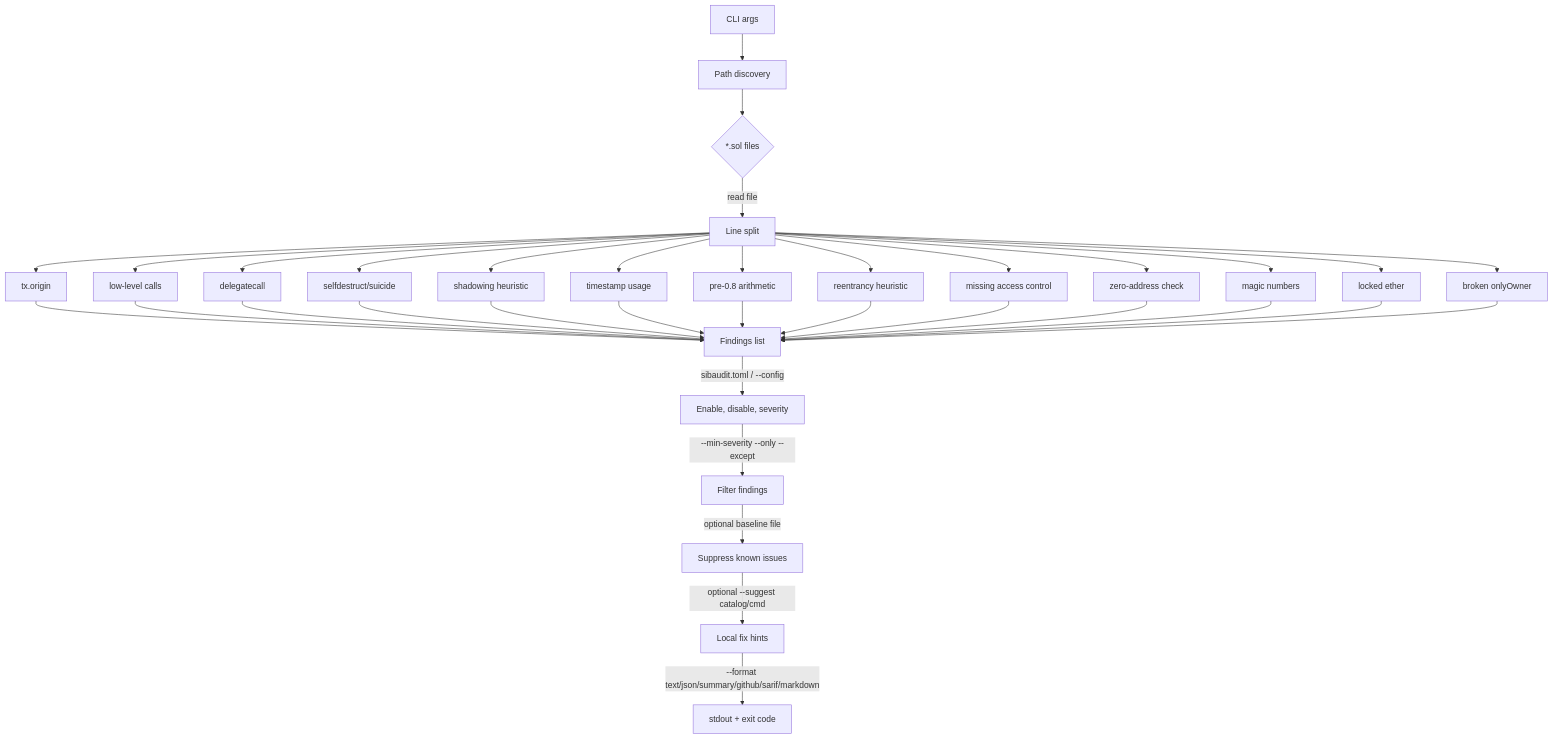
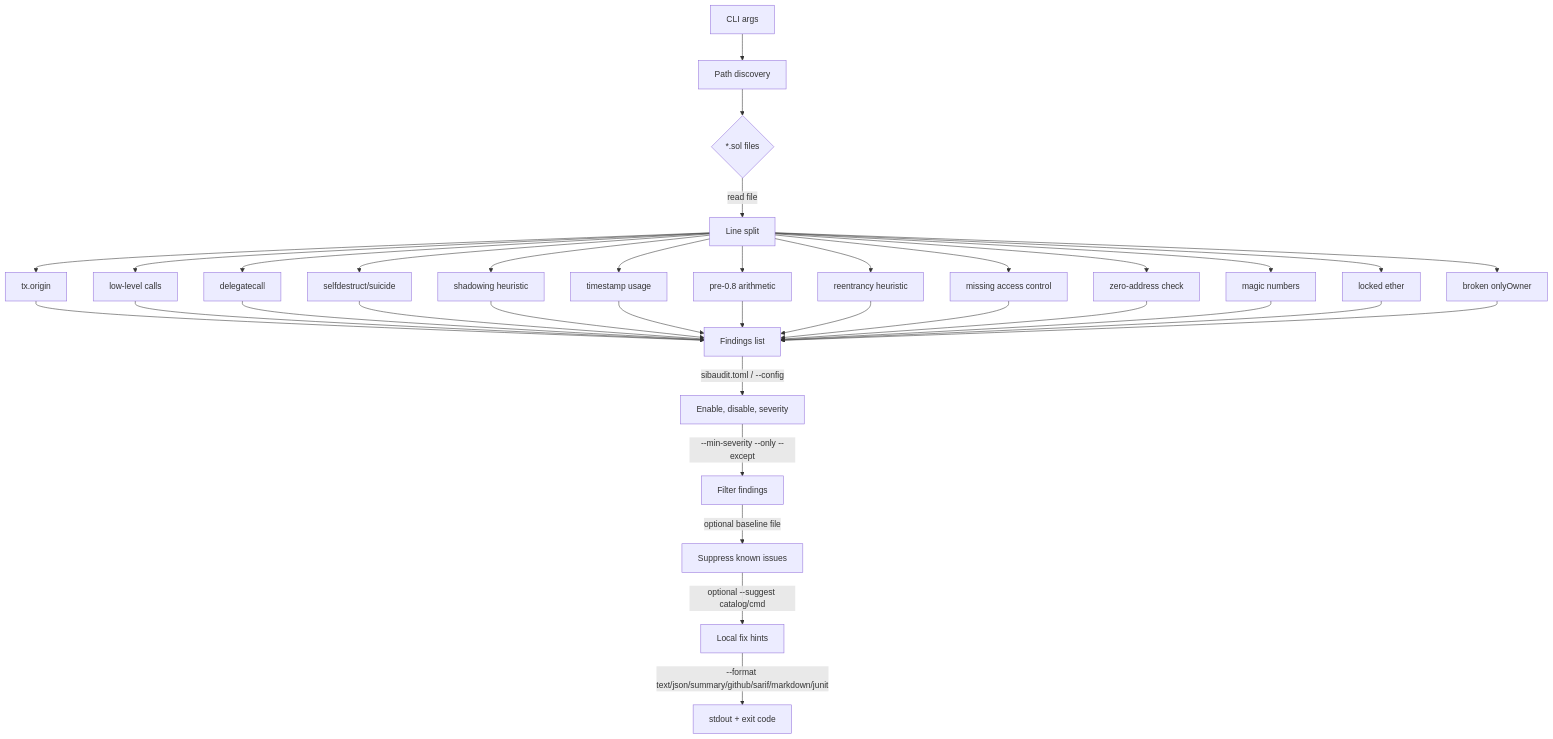
The diagram in README.md (SibghatUllah1997/audit-agent-py), drawn with Mermaid before and after one commit. The commit also changed other lines of this file and 2 other files, not shown here.

Commit message:
Document JUnit output for CI

````diff
--- a/README.md
+++ b/README.md
@@ -402,25 +413,25 @@
 ```mermaid
 flowchart TD
     A[CLI args] --> B[Path discovery]
     B --> C{*.sol files}
     C -->|read file| D[Line split]
     D --> E1[tx.origin]
     D --> E2[low-level calls]
     D --> E3[delegatecall]
     D --> E4[selfdestruct/suicide]
     D --> E5[shadowing heuristic]
     D --> E6[timestamp usage]
     D --> E7[pre-0.8 arithmetic]
     D --> E8[reentrancy heuristic]
     D --> E9[missing access control]
     D --> E10[zero-address check]
     D --> E11[magic numbers]
     D --> E12[locked ether]
     D --> E13[broken onlyOwner]
     E1 & E2 & E3 & E4 & E5 & E6 & E7 & E8 & E9 & E10 & E11 & E12 & E13 --> F[Findings list]
     F -->|sibaudit.toml / --config| CFG[Enable, disable, severity]
     CFG -->|--min-severity --only --except| FLT[Filter findings]
     FLT -->|optional baseline file| G[Suppress known issues]
     G -->|optional --suggest catalog/cmd| I[Local fix hints]
-    I -->|--format text/json/summary/github/sarif/markdown| H[stdout + exit code]
+    I -->|--format text/json/summary/github/sarif/markdown/junit| H[stdout + exit code]
 ```
````
